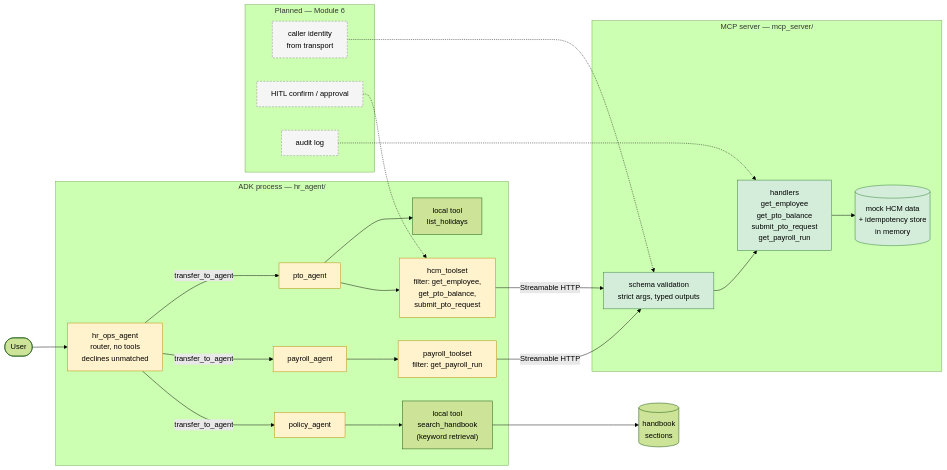
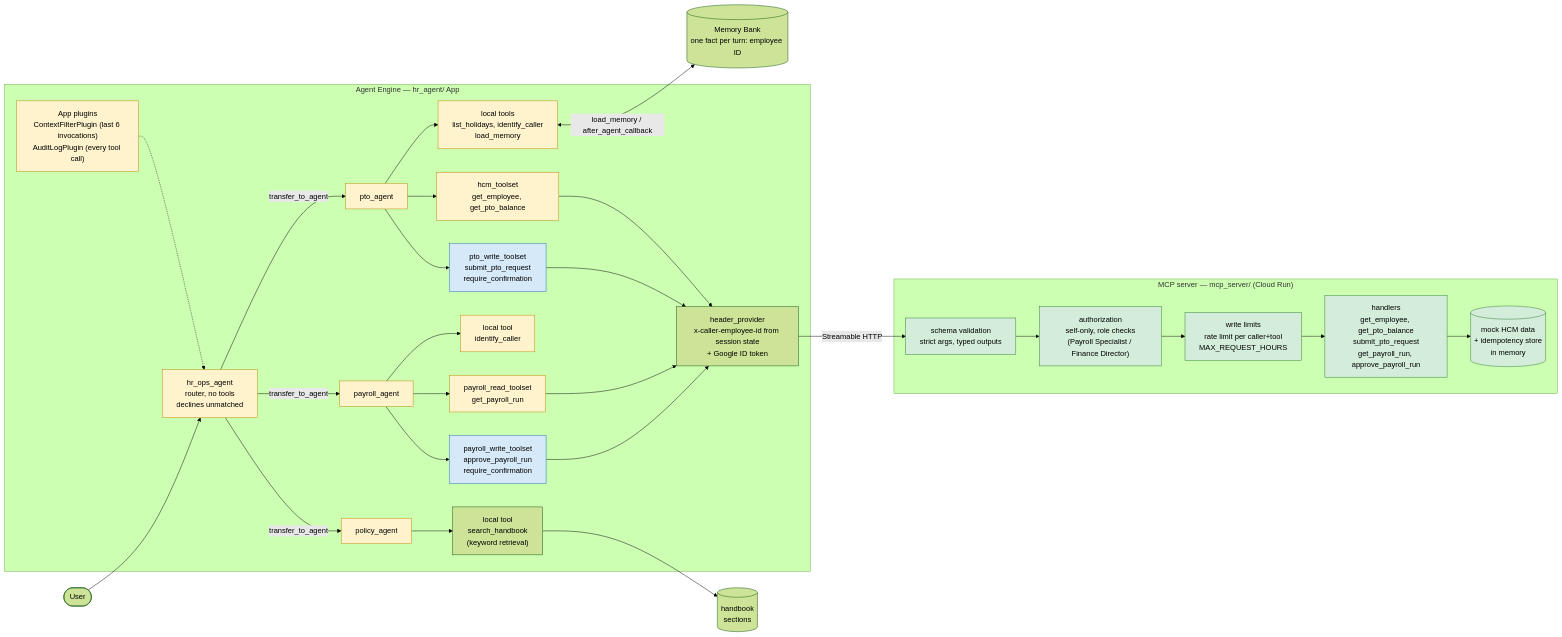
The diagram in docs/03-architecture.md (dharnitski/hr-ops-agent), drawn with Mermaid (forest theme) before and after one commit. The commit also changed other lines of this file, not shown here.

Commit message:
Update architecture doc for Modules 4, 6 and 7

````diff
--- a/docs/03-architecture.md
+++ b/docs/03-architecture.md
@@ -3,51 +3,58 @@
 ```mermaid
 flowchart LR
     user([User])
 
-    subgraph adk["ADK process — hr_agent/"]
+    subgraph ae["Agent Engine — hr_agent/ App"]
+        plugins["App plugins<br/>ContextFilterPlugin (last 6 invocations)<br/>AuditLogPlugin (every tool call)"]
         router["hr_ops_agent<br/>router, no tools<br/>declines unmatched"]
         pto["pto_agent"]
         payroll["payroll_agent"]
         policy["policy_agent"]
-        local_pto["local tool<br/>list_holidays"]
+        local_pto["local tools<br/>list_holidays, identify_caller<br/>load_memory"]
+        local_pay["local tool<br/>identify_caller"]
         local_pol["local tool<br/>search_handbook<br/>(keyword retrieval)"]
-        ts_hcm["hcm_toolset<br/>filter: get_employee,<br/>get_pto_balance,<br/>submit_pto_request"]
-        ts_pay["payroll_toolset<br/>filter: get_payroll_run"]
+        ts_hcm["hcm_toolset<br/>get_employee, get_pto_balance"]
+        ts_ptow["pto_write_toolset<br/>submit_pto_request<br/>require_confirmation"]
+        ts_payr["payroll_read_toolset<br/>get_payroll_run"]
+        ts_payw["payroll_write_toolset<br/>approve_payroll_run<br/>require_confirmation"]
+        hdr["header_provider<br/>x-caller-employee-id from session state<br/>+ Google ID token"]
     end
 
-    subgraph mcp["MCP server — mcp_server/"]
+    subgraph mcp["MCP server — mcp_server/ (Cloud Run)"]
         schema["schema validation<br/>strict args, typed outputs"]
-        handlers["handlers<br/>get_employee<br/>get_pto_balance<br/>submit_pto_request<br/>get_payroll_run"]
+        authz["authorization<br/>self-only, role checks<br/>(Payroll Specialist / Finance Director)"]
+        limits["write limits<br/>rate limit per caller+tool<br/>MAX_REQUEST_HOURS"]
+        handlers["handlers<br/>get_employee, get_pto_balance<br/>submit_pto_request<br/>get_payroll_run, approve_payroll_run"]
         store[("mock HCM data<br/>+ idempotency store<br/>in memory")]
     end
 
     handbook[("handbook<br/>sections")]
+    memory[("Memory Bank<br/>one fact per turn: employee ID")]
 
     user --> router
     router -- transfer_to_agent --> pto
     router -- transfer_to_agent --> payroll
     router -- transfer_to_agent --> policy
     pto --> local_pto
     pto --> ts_hcm
-    payroll --> ts_pay
+    pto --> ts_ptow
+    payroll --> local_pay
+    payroll --> ts_payr
+    payroll --> ts_payw
     policy --> local_pol --> handbook
-    ts_hcm -- "Streamable HTTP" --> schema
-    ts_pay -- "Streamable HTTP" --> schema
-    schema --> handlers --> store
-
-    subgraph planned["Planned — Module 6"]
-        identity["caller identity<br/>from transport"]
-        hitl["HITL confirm / approval"]
-        audit["audit log"]
-    end
-    identity -.-> schema
-    hitl -.-> ts_hcm
-    audit -.-> handlers
+    local_pto <-- "load_memory / after_agent_callback" --> memory
+    ts_hcm --> hdr
+    ts_ptow --> hdr
+    ts_payr --> hdr
+    ts_payw --> hdr
+    hdr -- "Streamable HTTP" --> schema
+    schema --> authz --> limits --> handlers --> store
+    plugins -.-> router
 
     classDef soft fill:#fff3cd,stroke:#b58900,color:#000
     classDef hard fill:#d4edda,stroke:#2e7d32,color:#000
-    classDef plan fill:#f5f5f5,stroke:#888,stroke-dasharray: 4 3,color:#000
-    class router,pto,payroll,policy,ts_hcm,ts_pay soft
-    class schema,handlers,store hard
-    class identity,hitl,audit plan
+    classDef human fill:#d6e9f8,stroke:#1f6fb2,color:#000
+    class router,pto,payroll,policy,ts_hcm,ts_payr,plugins,local_pto,local_pay soft
+    class schema,authz,limits,handlers,store hard
+    class ts_ptow,ts_payw human
 ```
````
